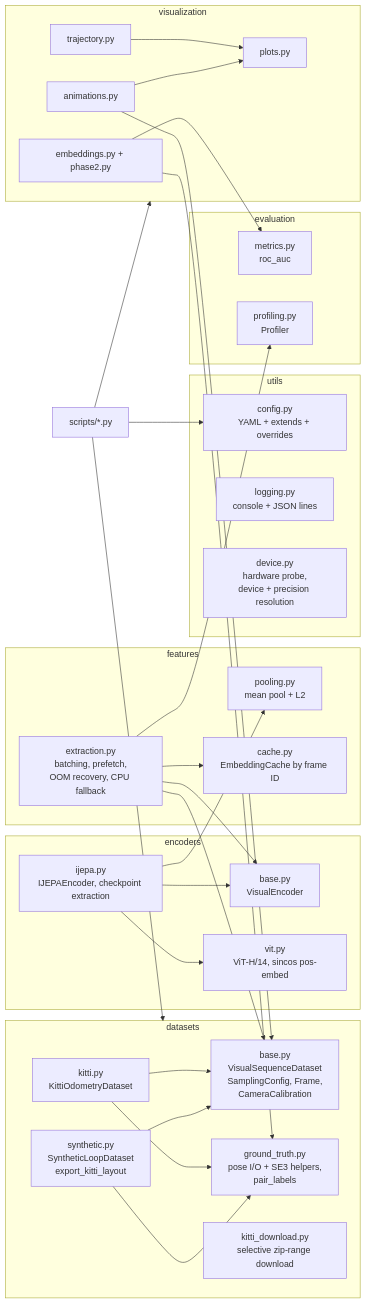
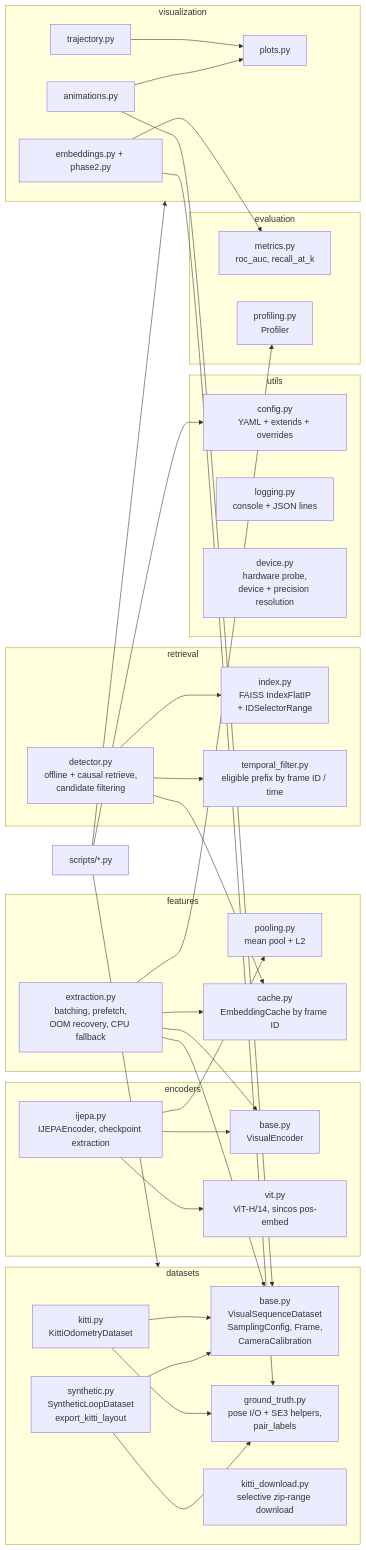
Before and after one commit to harishnr93/jepa-slam: the first of 4 diagrams in docs/architecture.md, drawn with Mermaid. The commit also changed other lines of this file and 34 other files, not shown here.

````diff
--- a/docs/architecture.md
+++ b/docs/architecture.md
@@ -7,54 +7,62 @@
 ```mermaid
 flowchart LR
     subgraph utils
         config[config.py<br/>YAML + extends + overrides]
         logging[logging.py<br/>console + JSON lines]
         device[device.py<br/>hardware probe,<br/>device + precision resolution]
     end
     subgraph datasets
         base[base.py<br/>VisualSequenceDataset<br/>SamplingConfig, Frame,<br/>CameraCalibration]
         kitti[kitti.py<br/>KittiOdometryDataset]
         synthetic[synthetic.py<br/>SyntheticLoopDataset<br/>export_kitti_layout]
         gt[ground_truth.py<br/>pose I/O + SE3 helpers,<br/>pair_labels]
         dl[kitti_download.py<br/>selective zip-range download]
     end
     subgraph encoders
         ebase[base.py<br/>VisualEncoder]
         vit[vit.py<br/>ViT-H/14, sincos pos-embed]
         ijepa[ijepa.py<br/>IJEPAEncoder, checkpoint extraction]
     end
     subgraph features
         extraction[extraction.py<br/>batching, prefetch,<br/>OOM recovery, CPU fallback]
         pooling[pooling.py<br/>mean pool + L2]
         cache[cache.py<br/>EmbeddingCache by frame ID]
     end
+    subgraph retrieval
+        index[index.py<br/>FAISS IndexFlatIP<br/>+ IDSelectorRange]
+        temporal[temporal_filter.py<br/>eligible prefix by frame ID / time]
+        detector[detector.py<br/>offline + causal retrieve,<br/>candidate filtering]
+    end
     subgraph evaluation
-        metrics[metrics.py<br/>roc_auc]
+        metrics[metrics.py<br/>roc_auc, recall_at_k]
         profiling[profiling.py<br/>Profiler]
     end
     subgraph visualization
         plots[plots.py]
         traj[trajectory.py]
         anim[animations.py]
         emb[embeddings.py + phase2.py]
     end
     ijepa --> vit
     ijepa --> ebase
     ijepa --> pooling
     extraction --> ebase
     extraction --> cache
     extraction --> profiling
     extraction --> base
     emb --> metrics
     emb --> gt
+    detector --> index
+    detector --> temporal
+    detector --> cache
     kitti --> base
     synthetic --> base
     kitti --> gt
     synthetic --> gt
     traj --> plots
     anim --> plots
     anim --> base
     scripts[scripts/*.py] --> config
     scripts --> datasets
     scripts --> visualization
 ```
````
